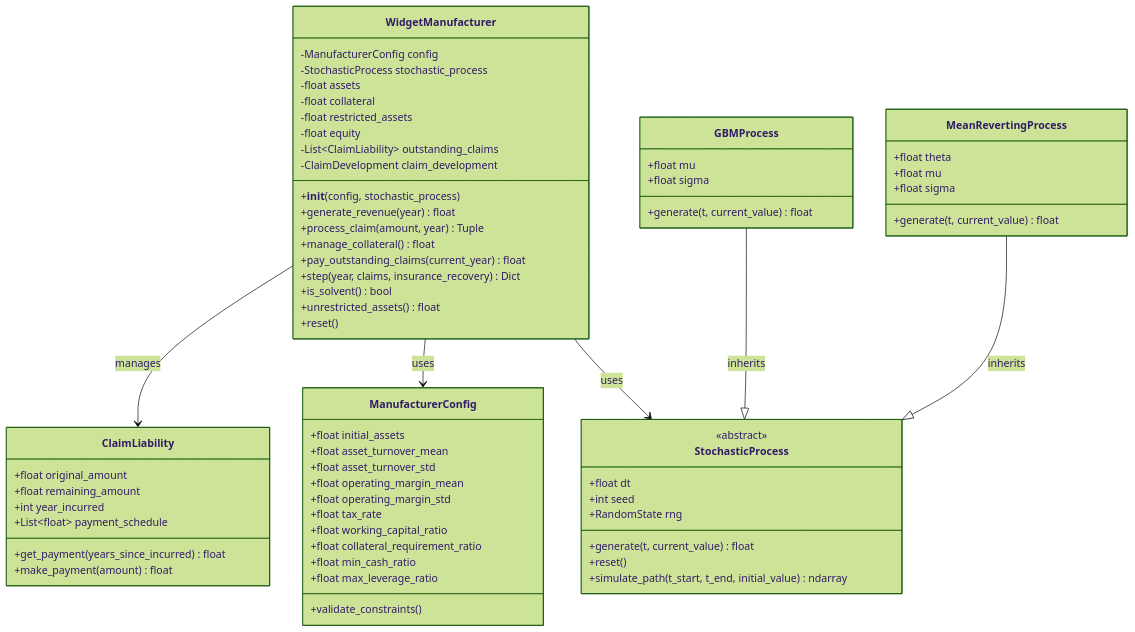
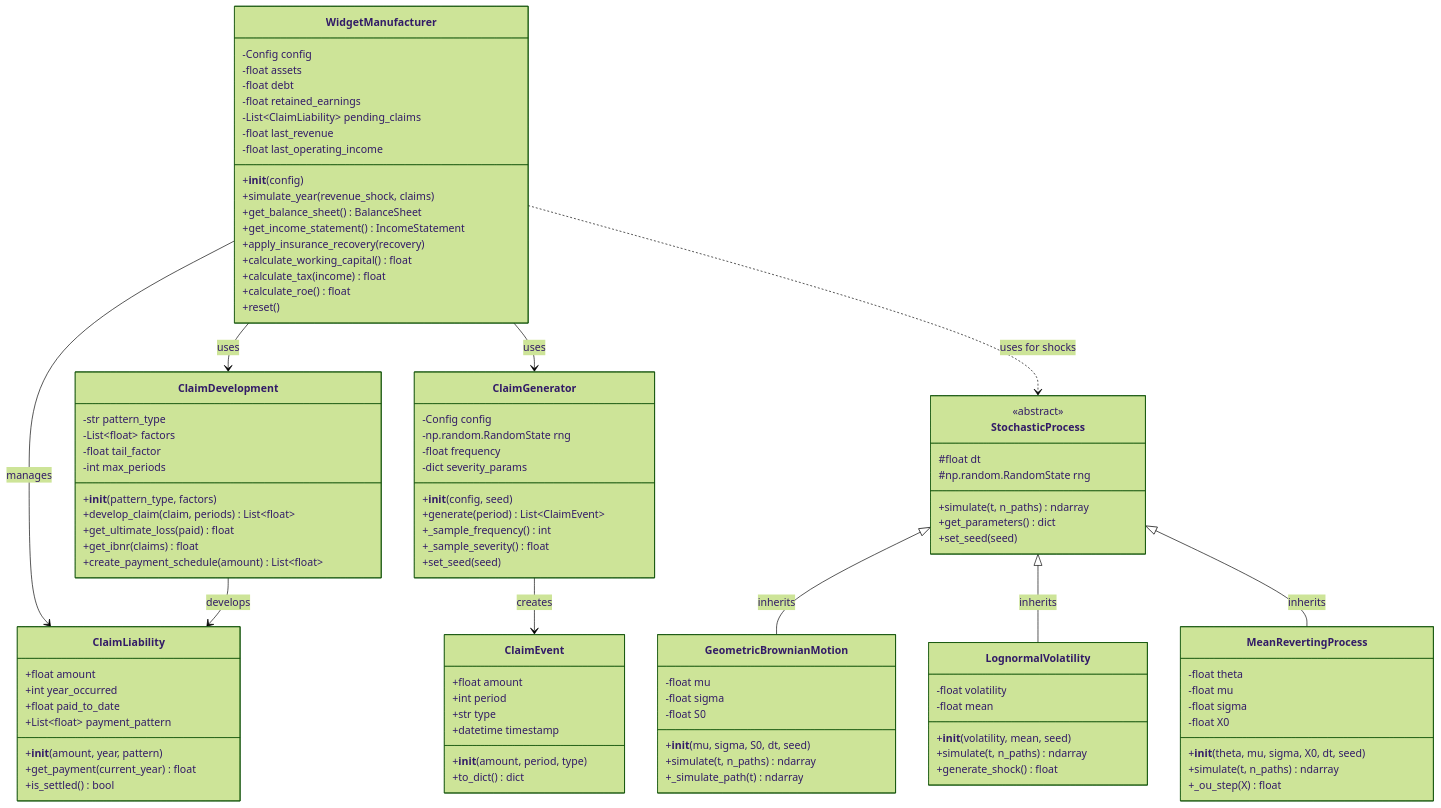
The first of 4 diagrams in ergodic_insurance/docs/architecture/class_diagrams/core_classes.md (AlexFiliakov/Ergodic-Insurance-Limits), drawn with Mermaid (forest theme) before and after one commit. The commit also changed other lines of this file and 24 other files, not shown here.

````diff
--- a/ergodic_insurance/docs/architecture/class_diagrams/core_classes.md
+++ b/ergodic_insurance/docs/architecture/class_diagrams/core_classes.md
@@ -8,74 +5,110 @@
 ```mermaid
 classDiagram
     class WidgetManufacturer {
-        -ManufacturerConfig config
-        -StochasticProcess stochastic_process
+        -Config config
         -float assets
-        -float collateral
-        -float restricted_assets
-        -float equity
-        -List~ClaimLiability~ outstanding_claims
-        -ClaimDevelopment claim_development
-        +__init__(config, stochastic_process)
-        +generate_revenue(year) float
-        +process_claim(amount, year) Tuple
-        +manage_collateral() float
-        +pay_outstanding_claims(current_year) float
-        +step(year, claims, insurance_recovery) Dict
-        +is_solvent() bool
-        +unrestricted_assets() float
+        -float debt
+        -float retained_earnings
+        -List~ClaimLiability~ pending_claims
+        -float last_revenue
+        -float last_operating_income
+        +__init__(config)
+        +simulate_year(revenue_shock, claims)
+        +get_balance_sheet() BalanceSheet
+        +get_income_statement() IncomeStatement
+        +apply_insurance_recovery(recovery)
+        +calculate_working_capital() float
+        +calculate_tax(income) float
+        +calculate_roe() float
         +reset()
     }
 
     class ClaimLiability {
-        +float original_amount
-        +float remaining_amount
-        +int year_incurred
-        +List~float~ payment_schedule
-        +get_payment(years_since_incurred) float
-        +make_payment(amount) float
+        +float amount
+        +int year_occurred
+        +float paid_to_date
+        +List~float~ payment_pattern
+        +__init__(amount, year, pattern)
+        +get_payment(current_year) float
+        +is_settled() bool
     }
 
-    class ManufacturerConfig {
-        +float initial_assets
-        +float asset_turnover_mean
-        +float asset_turnover_std
-        +float operating_margin_mean
-        +float operating_margin_std
-        +float tax_rate
-        +float working_capital_ratio
-        +float collateral_requirement_ratio
-        +float min_cash_ratio
-        +float max_leverage_ratio
-        +validate_constraints()
+    class ClaimEvent {
+        +float amount
+        +int period
+        +str type
+        +datetime timestamp
+        +__init__(amount, period, type)
+        +to_dict() dict
+    }
+
+    class ClaimGenerator {
+        -Config config
+        -np.random.RandomState rng
+        -float frequency
+        -dict severity_params
+        +__init__(config, seed)
+        +generate(period) List~ClaimEvent~
+        +_sample_frequency() int
+        +_sample_severity() float
+        +set_seed(seed)
+    }
+
+    class ClaimDevelopment {
+        -str pattern_type
+        -List~float~ factors
+        -float tail_factor
+        -int max_periods
+        +__init__(pattern_type, factors)
+        +develop_claim(claim, periods) List~float~
+        +get_ultimate_loss(paid) float
+        +get_ibnr(claims) float
+        +create_payment_schedule(amount) List~float~
     }
 
     class StochasticProcess {
         <<abstract>>
-        +float dt
-        +int seed
-        +RandomState rng
-        +generate(t, current_value) float
-        +reset()
-        +simulate_path(t_start, t_end, initial_value) ndarray
+        #float dt
+        #np.random.RandomState rng
+        +simulate(t, n_paths) ndarray
+        +get_parameters() dict
+        +set_seed(seed)
     }
 
-    class GBMProcess {
-        +float mu
-        +float sigma
-        +generate(t, current_value) float
+    class GeometricBrownianMotion {
+        -float mu
+        -float sigma
+        -float S0
+        +__init__(mu, sigma, S0, dt, seed)
+        +simulate(t, n_paths) ndarray
+        +_simulate_path(t) ndarray
+    }
+
+    class LognormalVolatility {
+        -float volatility
+        -float mean
+        +__init__(volatility, mean, seed)
+        +simulate(t, n_paths) ndarray
+        +generate_shock() float
     }
 
     class MeanRevertingProcess {
-        +float theta
-        +float mu
-        +float sigma
-        +generate(t, current_value) float
+        -float theta
+        -float mu
+        -float sigma
+        -float X0
+        +__init__(theta, mu, sigma, X0, dt, seed)
+        +simulate(t, n_paths) ndarray
+        +_ou_step(X) float
     }
 
-    WidgetManufacturer --> ManufacturerConfig: uses
-    WidgetManufacturer --> StochasticProcess: uses
-    WidgetManufacturer --> ClaimLiability: manages
-    GBMProcess --|> StochasticProcess: inherits
-    MeanRevertingProcess --|> StochasticProcess: inherits
+    WidgetManufacturer --> ClaimLiability : manages
+    WidgetManufacturer --> ClaimGenerator : uses
+    WidgetManufacturer --> ClaimDevelopment : uses
+    ClaimGenerator --> ClaimEvent : creates
+    ClaimDevelopment --> ClaimLiability : develops
+    StochasticProcess <|-- GeometricBrownianMotion : inherits
+    StochasticProcess <|-- LognormalVolatility : inherits
+    StochasticProcess <|-- MeanRevertingProcess : inherits
+    WidgetManufacturer ..> StochasticProcess : uses for shocks
 ```
````
